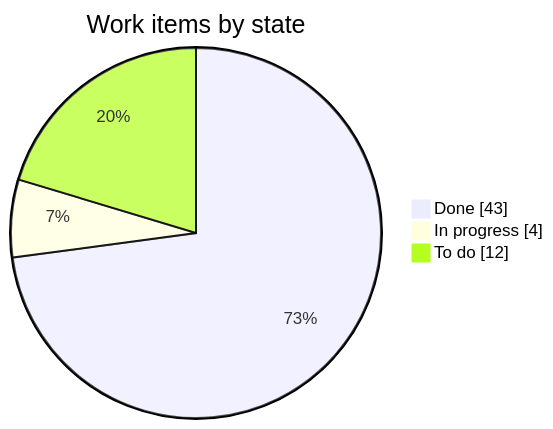
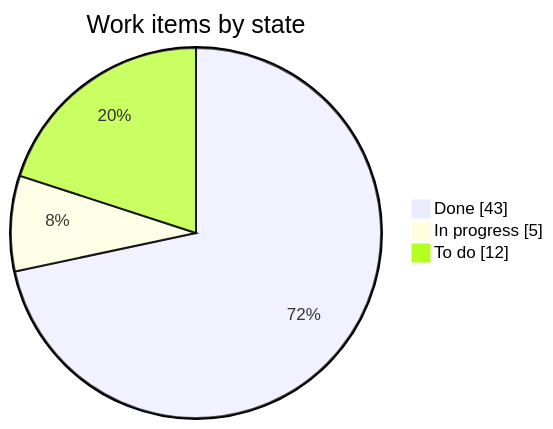
Before and after one commit to LoMagnette/ghost-light: the first of 2 diagrams in STATUS.md, drawn with Mermaid. The commit also changed other lines of this file and 3 other files, not shown here.

````diff
--- a/STATUS.md
+++ b/STATUS.md
@@ -31,7 +31,7 @@
 ```mermaid
 pie showData
     title Work items by state
     "Done" : 43
-    "In progress" : 4
+    "In progress" : 5
     "To do" : 12
 ```
````
